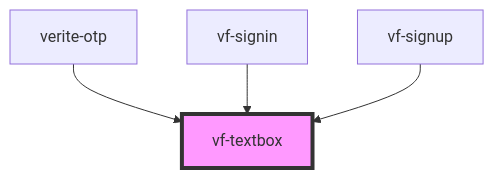
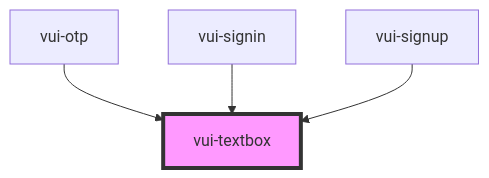
The diagram in packages/stencil-library/src/components/textbox/readme.md (verite-team/verite-elements), drawn with Mermaid before and after one commit. The commit also changed other lines of this file and 116 other files, not shown here.

````diff
--- a/packages/stencil-library/src/components/textbox/readme.md
+++ b/packages/stencil-library/src/components/textbox/readme.md
@@ -49,7 +47,7 @@
 ```mermaid
 graph TD;
-  verite-otp --> vf-textbox
-  vf-signin --> vf-textbox
-  vf-signup --> vf-textbox
-  style vf-textbox fill:#f9f,stroke:#333,stroke-width:4px
+  vui-otp --> vui-textbox
+  vui-signin --> vui-textbox
+  vui-signup --> vui-textbox
+  style vui-textbox fill:#f9f,stroke:#333,stroke-width:4px
 ```
````
